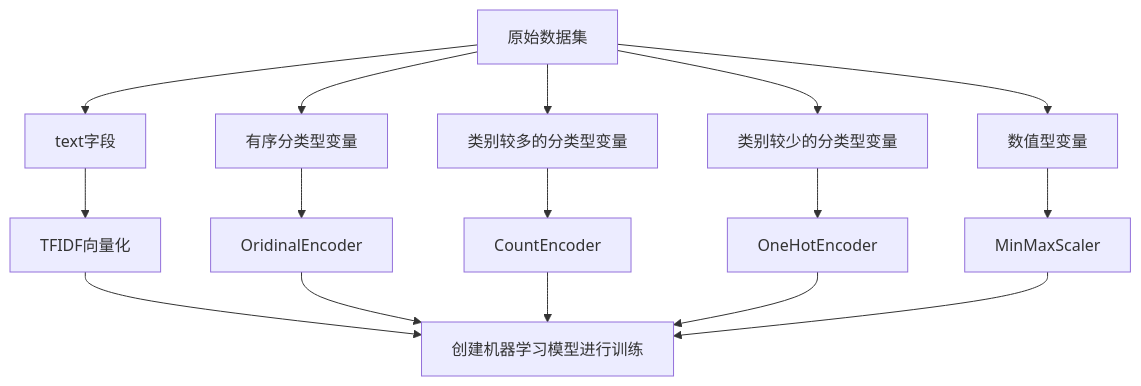
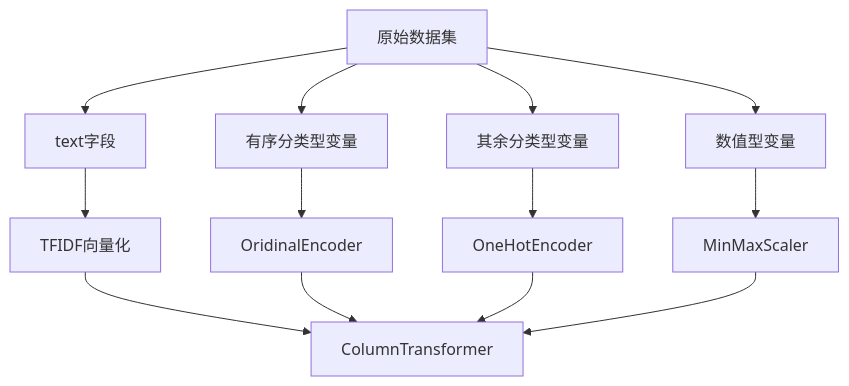
The ninth of 21 diagrams in docs/draws.md (ZenCoder-art/ofd), drawn with Mermaid before and after one commit. The commit also changed other lines of this file and 3 other files, not shown here.

````diff
--- a/docs/draws.md
+++ b/docs/draws.md
@@ -135,18 +196,15 @@
 ```mermaid
 graph TB
 A[原始数据集]-->B[text字段]
 A-->C[有序分类型变量]
-A-->D[类别较多的分类型变量]
-A-->E[类别较少的分类型变量]
+A-->D[其余分类型变量]
 A-->S[数值型变量]
 B-->F[TFIDF向量化]
 C-->G[OridinalEncoder]
-D-->H[CountEncoder]
-E-->K[OneHotEncoder]
+D-->K[OneHotEncoder]
 S-->I[MinMaxScaler]
-F-->J[创建机器学习模型进行训练]
+F-->J[ColumnTransformer]
 G-->J
-H-->J
 K-->J
 I-->J
 ```
````
